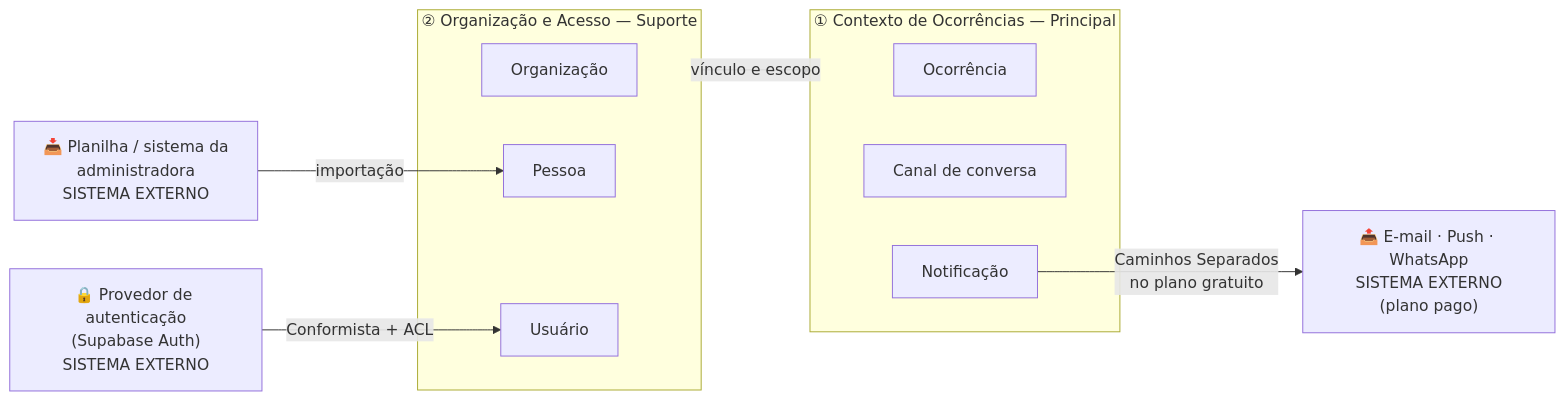
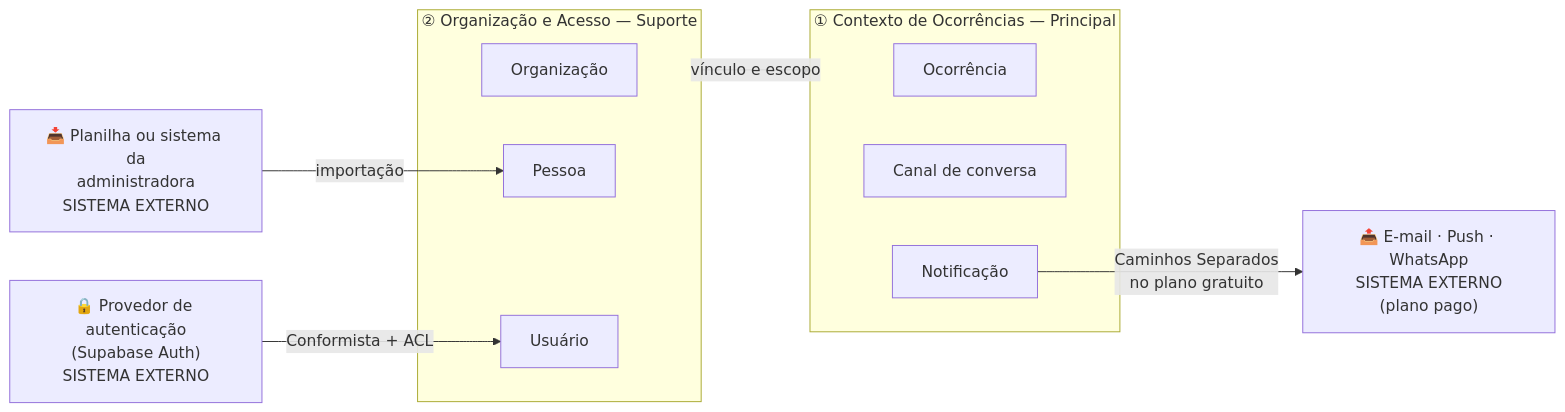
One commit to natanjunior/8FSDT-Hackathon changed the first of 3 diagrams in docs/arquitetura.md. Above: the diagram before and after it, drawn with Mermaid. The commit also changed other lines of this file and 1 other file, not shown here.

````diff
--- a/docs/arquitetura.md
+++ b/docs/arquitetura.md
@@ -72,23 +57,23 @@
 ```mermaid
 flowchart LR
     subgraph C1["① Contexto de Ocorrências — Principal"]
         OC["Ocorrência"]
         CV["Canal de conversa"]
         NT["Notificação"]
     end
 
     subgraph C2["② Organização e Acesso — Suporte"]
         OR["Organização"]
         PE["Pessoa"]
         US["Usuário"]
     end
 
     AUTH["🔒 Provedor de autenticação<br/>(Supabase Auth)<br/>SISTEMA EXTERNO"]
     CANAIS["📤 E-mail · Push · WhatsApp<br/>SISTEMA EXTERNO<br/>(plano pago)"]
-    CARGA["📥 Planilha / sistema da<br/>administradora<br/>SISTEMA EXTERNO"]
+    CARGA["📥 Planilha ou sistema da<br/>administradora<br/>SISTEMA EXTERNO"]
 
     C2 -->|"vínculo e escopo"| C1
     AUTH -->|"Conformista + ACL"| US
     NT -->|"Caminhos Separados<br/>no plano gratuito"| CANAIS
     CARGA -->|"importação"| PE
 ```
````
